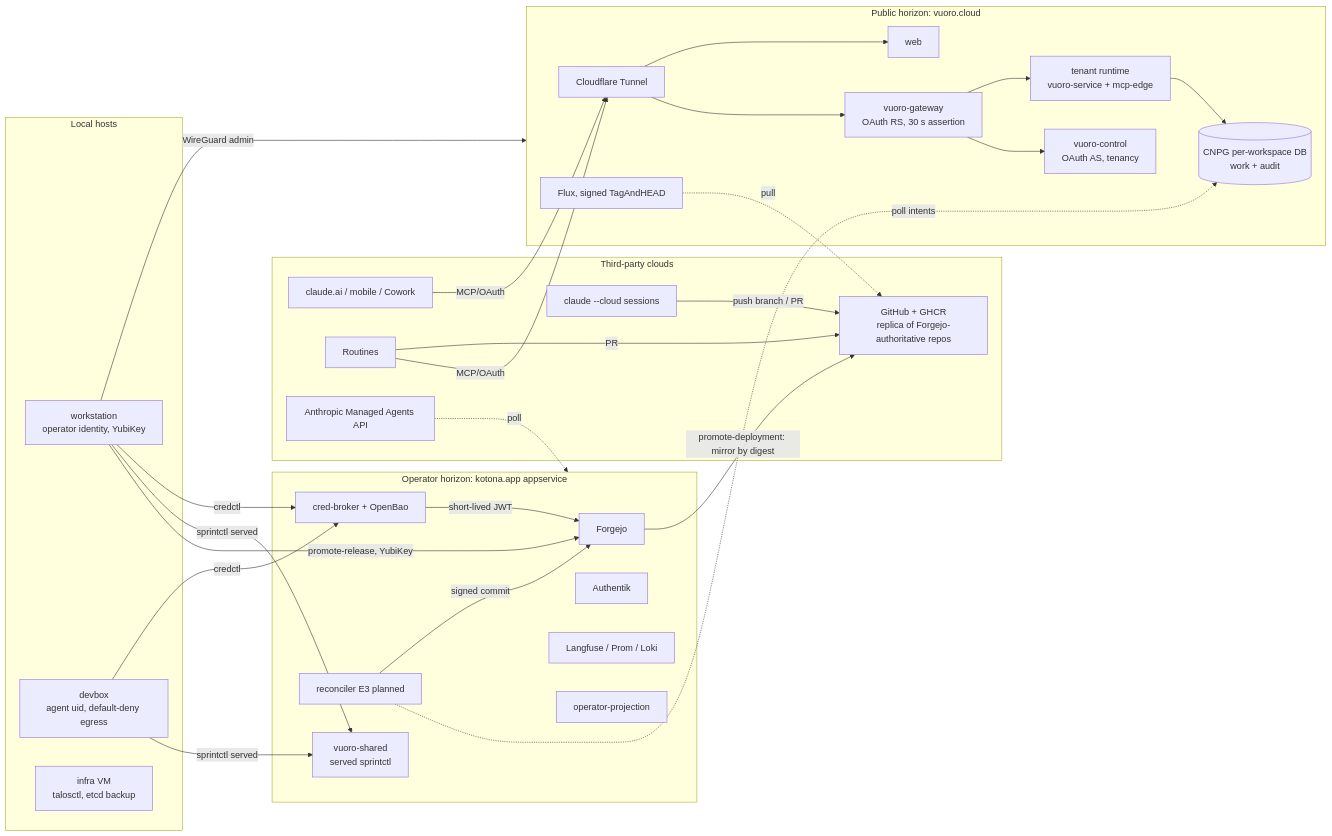
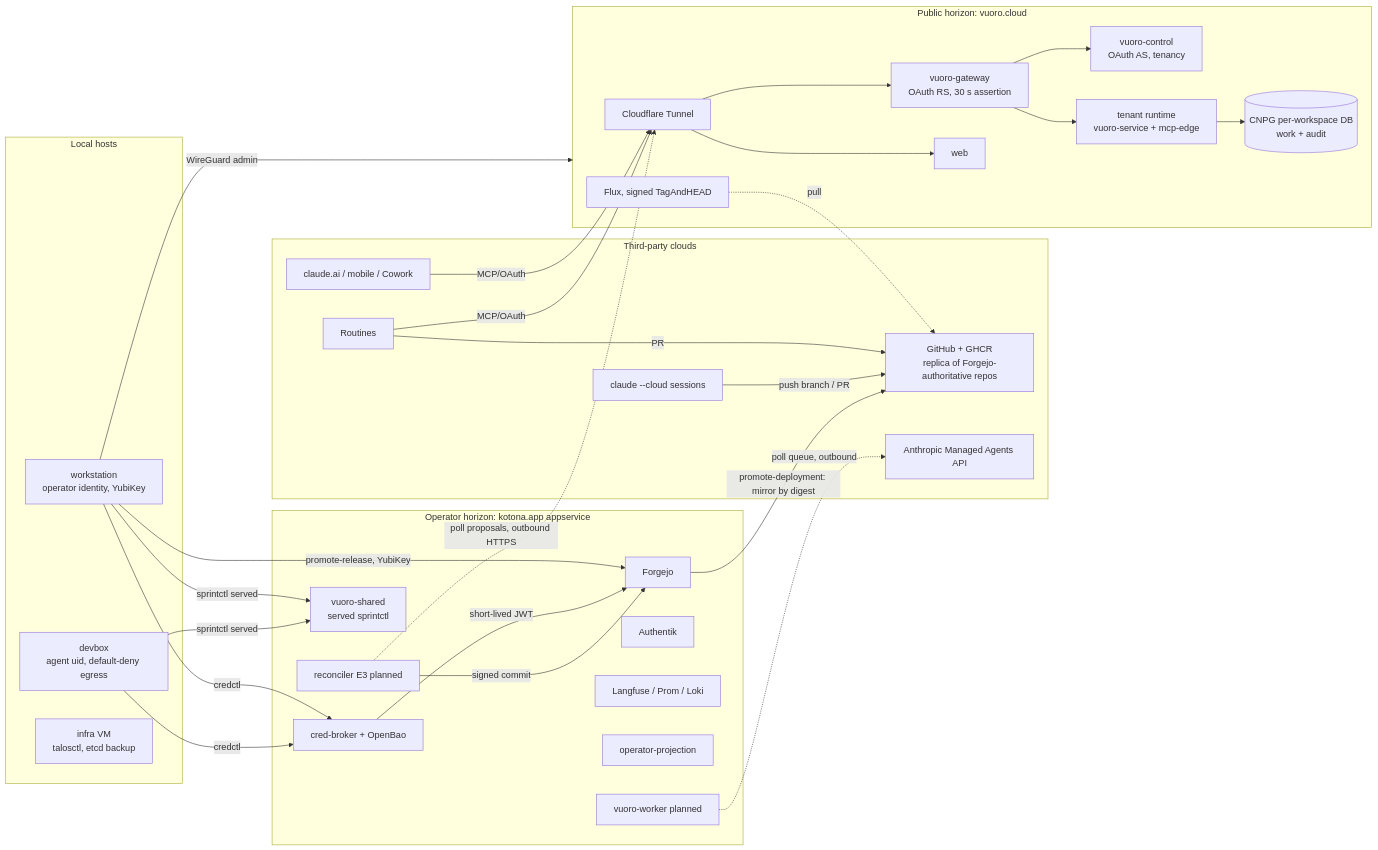
One commit to bayleafwalker/agentops changed the first of 2 diagrams in docs/architecture/2026-09-27-agentic-ecosystem-and-split-horizon.md. Above: the diagram before and after it, drawn with Mermaid. The commit also changed other lines of this file, not shown here.

First line of the commit message:
docs(architecture): adopt coordination without custody (operator decisions 2026-09-27)

````diff
--- a/docs/architecture/2026-09-27-agentic-ecosystem-and-split-horizon.md
+++ b/docs/architecture/2026-09-27-agentic-ecosystem-and-split-horizon.md
@@ -84,49 +104,50 @@
 ```mermaid
 flowchart LR
   subgraph TP[Third-party clouds]
     CAI[claude.ai / mobile / Cowork]
     RT[Routines]
     CS[claude --cloud sessions]
     GH[GitHub + GHCR<br/>replica of Forgejo-authoritative repos]
     MA[Anthropic Managed Agents API]
   end
 
   subgraph PUB[Public horizon: vuoro.cloud]
     CF[Cloudflare Tunnel] --> GW[vuoro-gateway<br/>OAuth RS, 30 s assertion]
     CF --> WEB[web]
     GW --> CTL[vuoro-control<br/>OAuth AS, tenancy]
     GW --> TR[tenant runtime<br/>vuoro-service + mcp-edge]
     TR --> PG[(CNPG per-workspace DB<br/>work + audit)]
     FLUX[Flux, signed TagAndHEAD] -.pull.-> GH
   end
 
   subgraph HOME[Operator horizon: kotona.app appservice]
     FJ[Forgejo]
     CB[cred-broker + OpenBao]
     VS[vuoro-shared<br/>served sprintctl]
     AK[Authentik]
     OBS[Langfuse / Prom / Loki]
     OP[operator-projection]
     RC[reconciler E3 planned]
+    VW[vuoro-worker planned]
   end
 
   subgraph LOCAL[Local hosts]
     WS[workstation<br/>operator identity, YubiKey]
     DB[devbox<br/>agent uid, default-deny egress]
     INF[infra VM<br/>talosctl, etcd backup]
   end
 
   CAI -- MCP/OAuth --> CF
   RT -- MCP/OAuth --> CF
   RT -- PR --> GH
   CS -- push branch / PR --> GH
   WS -- WireGuard admin --> PUB
   WS -- promote-release, YubiKey --> FJ
   FJ -- promote-deployment: mirror by digest --> GH
   WS & DB -- sprintctl served --> VS
   WS & DB -- credctl --> CB
   CB -- short-lived JWT --> FJ
-  RC -. poll intents .-> PG
+  RC -. poll proposals, outbound HTTPS .-> CF
   RC -- signed commit --> FJ
-  MA -.poll.-> HOME
+  VW -. poll queue, outbound .-> MA
 ```
````
